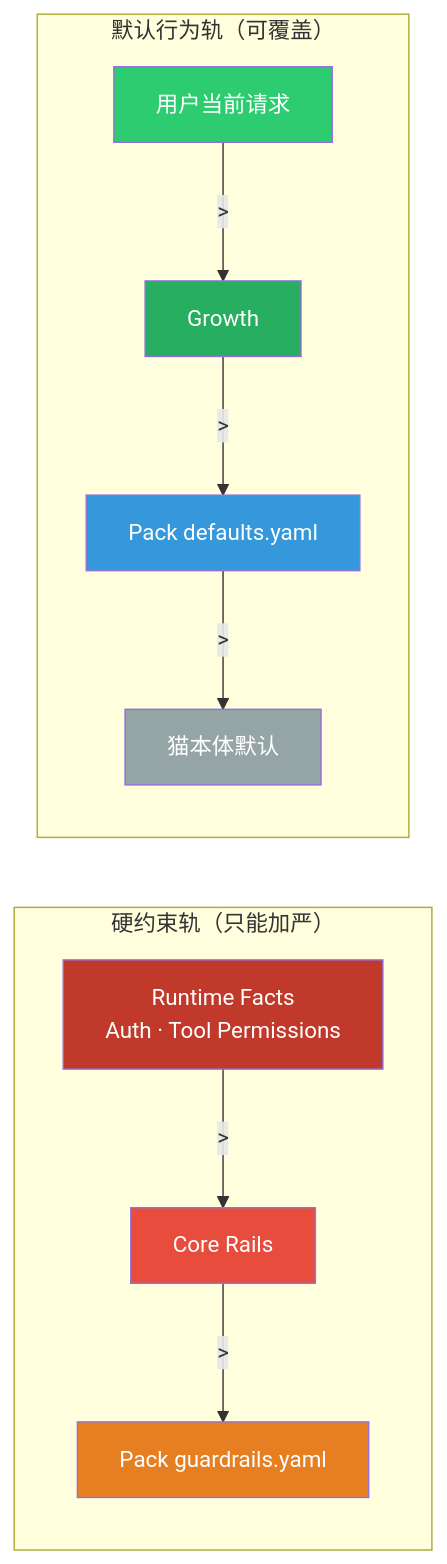
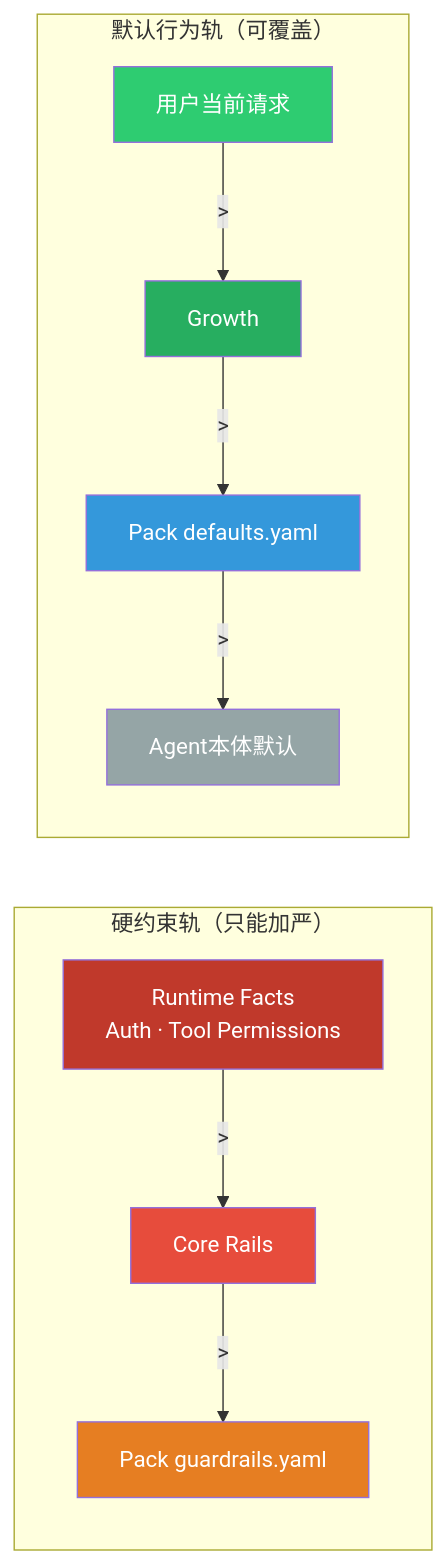
One commit to changhuaqiu/agent-task-team changed the second of 5 diagrams in decisions/021-f129-pack-system-architecture.md. Above: the diagram before and after it, drawn with Mermaid. The commit also changed other lines of this file and 227 other files, not shown here.

Commit message:
refactor: remove all cafe and cat references, replace with agent concepts

````diff
--- a/decisions/021-f129-pack-system-architecture.md
+++ b/decisions/021-f129-pack-system-architecture.md
@@ -89,23 +89,23 @@
 ```mermaid
 graph LR
     subgraph "硬约束轨（只能加严）"
         RF["Runtime Facts<br/>Auth · Tool Permissions"]
         -->|">"| CRL["Core Rails"]
         -->|">"| GY["Pack guardrails.yaml"]
     end
 
     subgraph "默认行为轨（可覆盖）"
         UR["用户当前请求"]
         -->|">"| GRO["Growth"]
         -->|">"| DEF["Pack defaults.yaml"]
-        -->|">"| CAT["猫本体默认"]
+        -->|">"| agent["Agent本体默认"]
     end
 
     style RF fill:#c0392b,color:#fff
     style CRL fill:#e74c3c,color:#fff
     style GY fill:#e67e22,color:#fff
     style UR fill:#2ecc71,color:#fff
     style GRO fill:#27ae60,color:#fff
     style DEF fill:#3498db,color:#fff
-    style CAT fill:#95a5a6,color:#fff
+    style agent fill:#95a5a6,color:#fff
 ```
````
